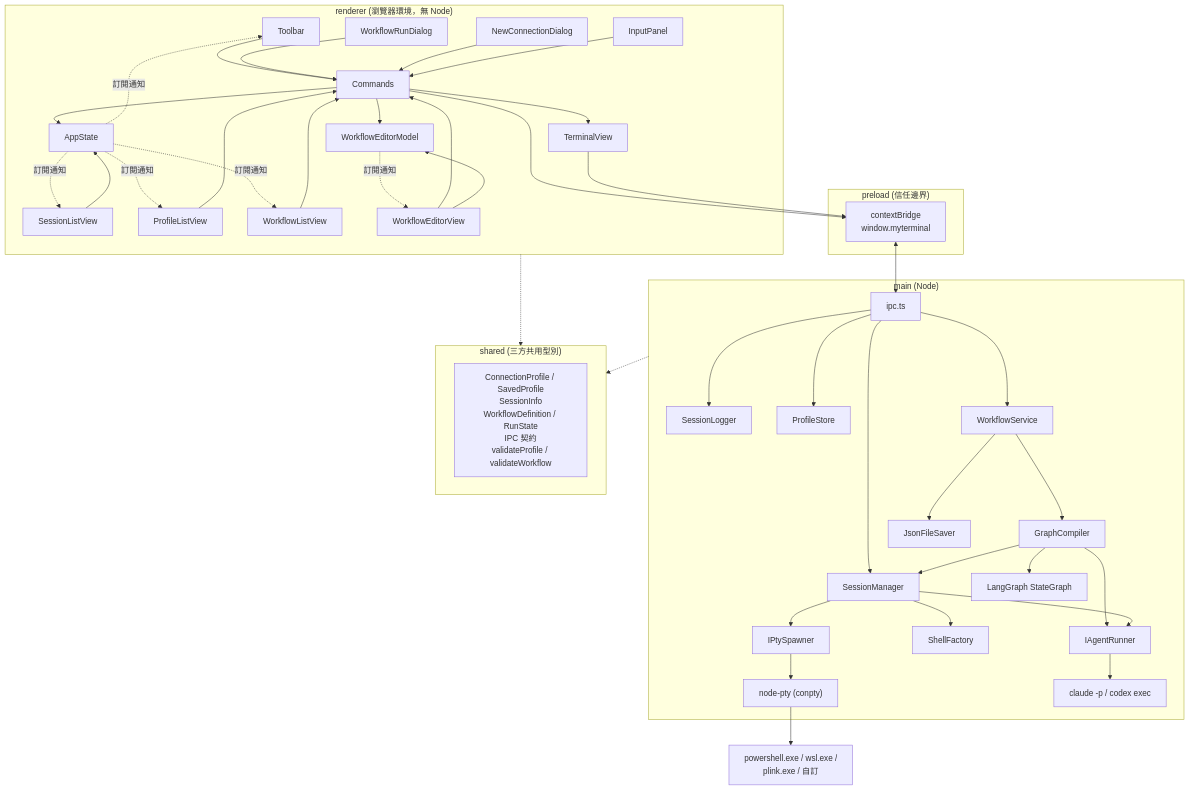
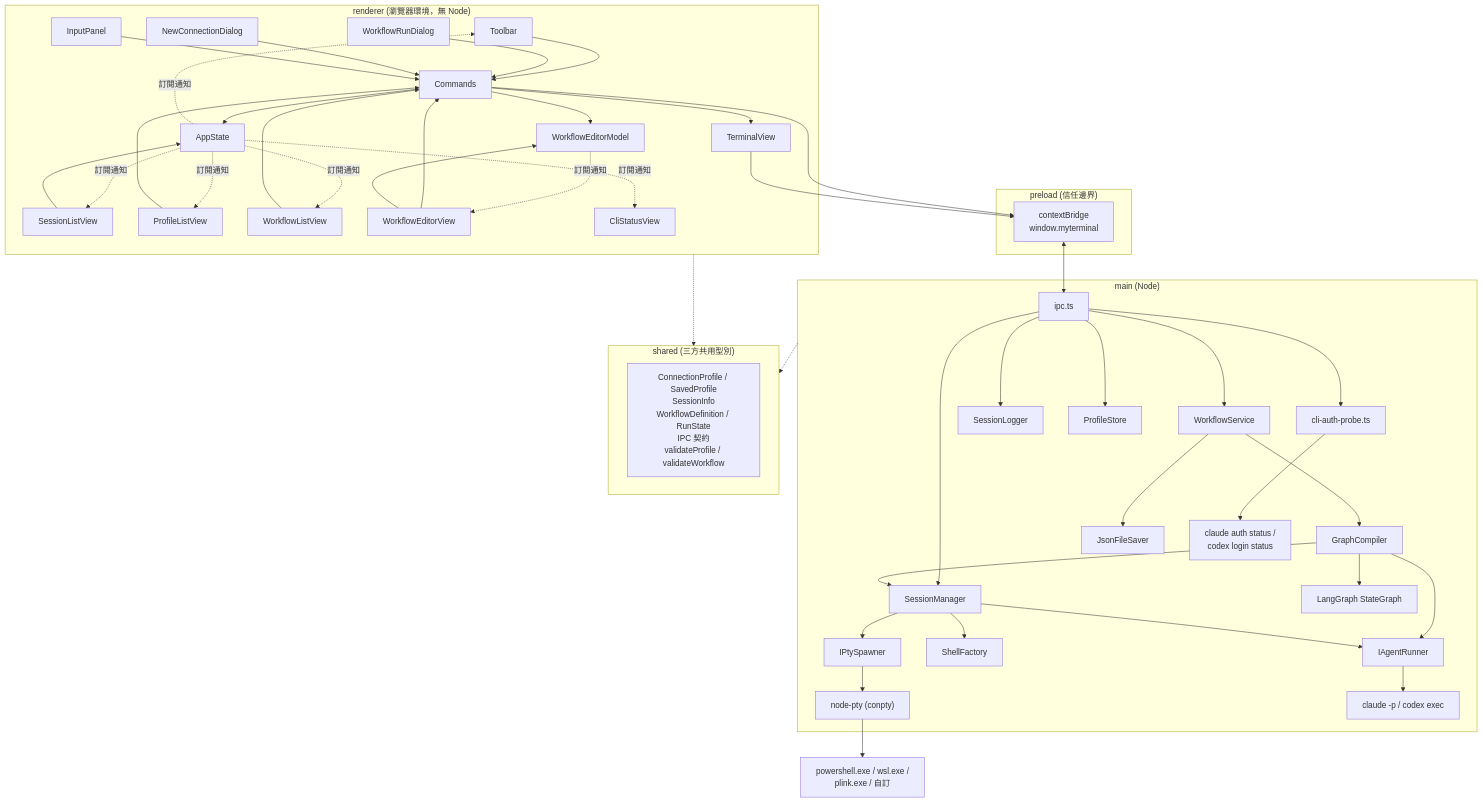
One commit to Mufu/myterminal changed the first of 3 diagrams in docs/ARCHITECTURE.md. Above: the diagram before and after it, drawn with Mermaid. The commit also changed other lines of this file and 3 other files, not shown here.

````diff
--- a/docs/ARCHITECTURE.md
+++ b/docs/ARCHITECTURE.md
@@ -10,55 +10,58 @@
 ```mermaid
 flowchart TB
   subgraph renderer["renderer (瀏覽器環境，無 Node)"]
     Toolbar --> Commands
     SessionListView --> AppState
     ProfileListView --> Commands
     WorkflowListView --> Commands
     WorkflowRunDialog --> Commands
     WorkflowEditorView --> Commands
     WorkflowEditorView --> WorkflowEditorModel
     Commands --> AppState
     Commands --> WorkflowEditorModel
     Commands --> TerminalView
     AppState -. 訂閱通知 .-> Toolbar
     AppState -. 訂閱通知 .-> SessionListView
     AppState -. 訂閱通知 .-> ProfileListView
     AppState -. 訂閱通知 .-> WorkflowListView
+    AppState -. 訂閱通知 .-> CliStatusView
     WorkflowEditorModel -. 訂閱通知 .-> WorkflowEditorView
     NewConnectionDialog --> Commands
     InputPanel --> Commands
   end
 
   subgraph preload["preload (信任邊界)"]
     Bridge["contextBridge<br/>window.myterminal"]
   end
 
   subgraph main["main (Node)"]
     IPCLayer["ipc.ts"] --> SessionManager
+    IPCLayer --> CliAuthProbe["cli-auth-probe.ts"]
     IPCLayer --> SessionLogger
     IPCLayer --> ProfileStore
     IPCLayer --> WorkflowService
     WorkflowService --> GraphCompiler
     GraphCompiler --> LangGraph["LangGraph StateGraph"]
     GraphCompiler --> IAgentRunner
     GraphCompiler --> SessionManager
     WorkflowService --> JsonFileSaver
     SessionManager --> ShellFactory
     SessionManager --> IPtySpawner
     SessionManager --> IAgentRunner
     IPtySpawner --> NodePty["node-pty (conpty)"]
     IAgentRunner --> AgentCli["claude -p / codex exec"]
+    CliAuthProbe --> AuthCli["claude auth status /<br/>codex login status"]
   end
 
   subgraph shared["shared (三方共用型別)"]
     Profile["ConnectionProfile / SavedProfile<br/>SessionInfo<br/>WorkflowDefinition / RunState<br/>IPC 契約<br/>validateProfile / validateWorkflow"]
   end
 
   Commands --> Bridge
   TerminalView --> Bridge
   Bridge <--> IPCLayer
   renderer -.-> shared
   main -.-> shared
 
   NodePty --> Backends["powershell.exe / wsl.exe /<br/>plink.exe / 自訂"]
 ```
````
